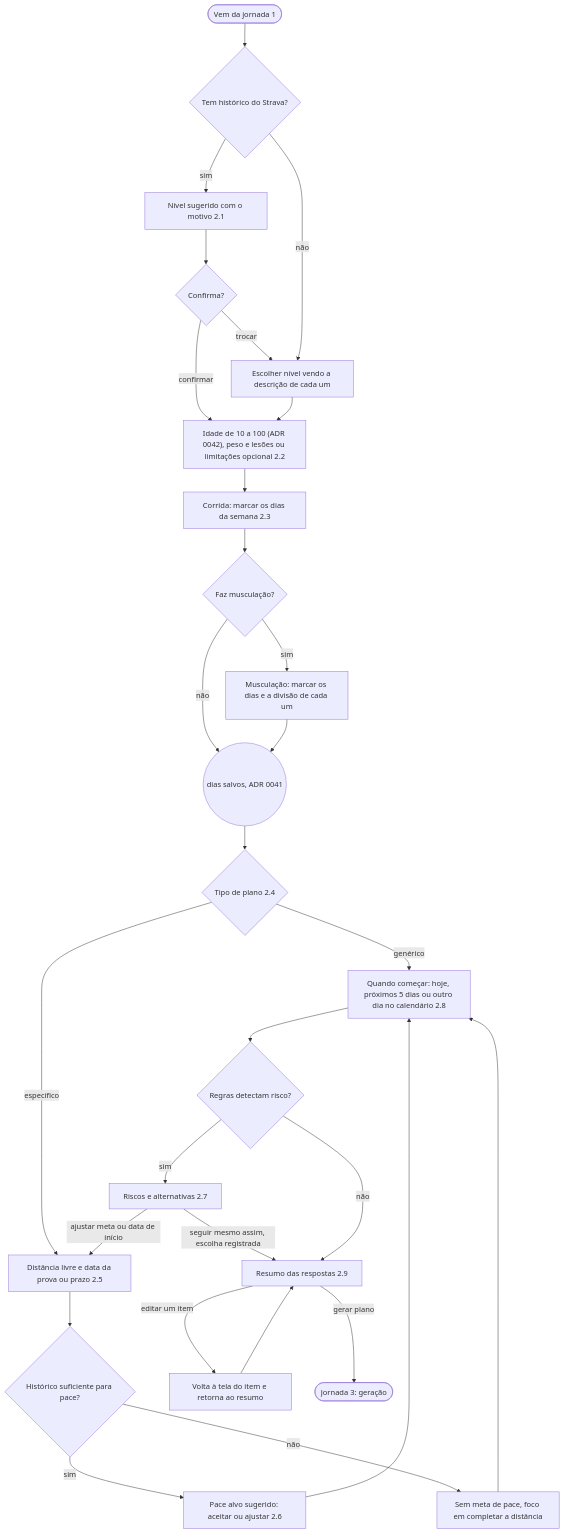
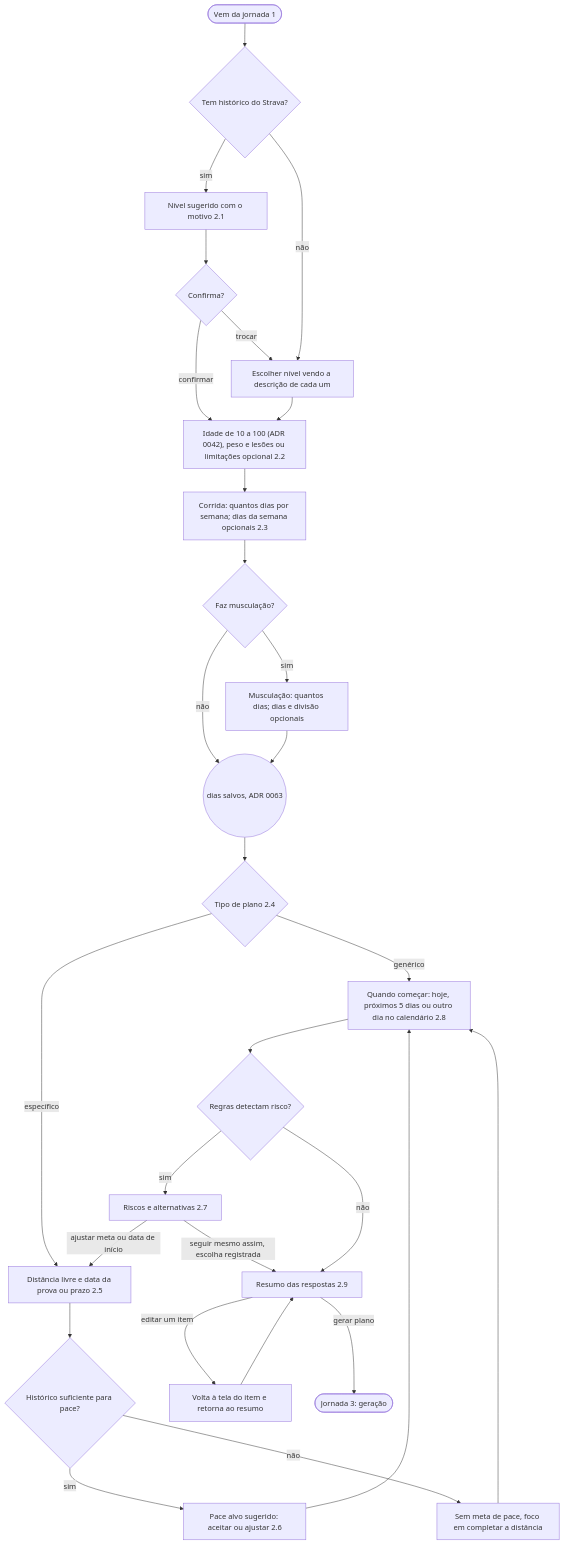
One commit to cruzvini/app-corrida changed the second of 11 diagrams in docs/fluxos.md. Above: the diagram before and after it, drawn with Mermaid. The commit also changed 5 other files, not shown here.

First line of the commit message:
docs(adr): dias e divisão opcionais (0063) e ações no card do Hoje (0064)

````diff
--- a/docs/fluxos.md
+++ b/docs/fluxos.md
@@ -44,31 +44,31 @@
 ```mermaid
 flowchart TD
   A([Vem da jornada 1]) --> B{Tem histórico do Strava?}
   B -- sim --> C[Nível sugerido com o motivo 2.1]
   C --> C1{Confirma?}
   C1 -- trocar --> D
   C1 -- confirmar --> E
   B -- não --> D[Escolher nível vendo a descrição de cada um]
   D --> E["Idade de 10 a 100 (ADR 0042), peso e lesões ou limitações opcional 2.2"]
-  E --> F[Corrida: marcar os dias da semana 2.3]
+  E --> F[Corrida: quantos dias por semana; dias da semana opcionais 2.3]
   F --> G{Faz musculação?}
-  G -- sim --> G1[Musculação: marcar os dias e a divisão de cada um]
+  G -- sim --> G1[Musculação: quantos dias; dias e divisão opcionais]
   G -- não --> DIAS
   G1 --> DIAS
-  DIAS((dias salvos, ADR 0041)) --> H{Tipo de plano 2.4}
+  DIAS((dias salvos, ADR 0063)) --> H{Tipo de plano 2.4}
   H -- genérico --> INI
   H -- específico --> I[Distância livre e data da prova ou prazo 2.5]
   I --> J{Histórico suficiente para pace?}
   J -- sim --> J1[Pace alvo sugerido: aceitar ou ajustar 2.6]
   J -- não --> J2[Sem meta de pace, foco em completar a distância]
   J1 --> INI
   J2 --> INI
   INI["Quando começar: hoje, próximos 5 dias ou outro dia no calendário 2.8"] --> K{Regras detectam risco?}
   K -- sim --> K1[Riscos e alternativas 2.7]
   K1 -- ajustar meta ou data de início --> I
   K1 -- seguir mesmo assim, escolha registrada --> R
   K -- não --> R[Resumo das respostas 2.9]
   R -- editar um item --> EDIT[Volta à tela do item e retorna ao resumo]
   EDIT --> R
   R -- gerar plano --> GER([Jornada 3: geração])
 ```
````
